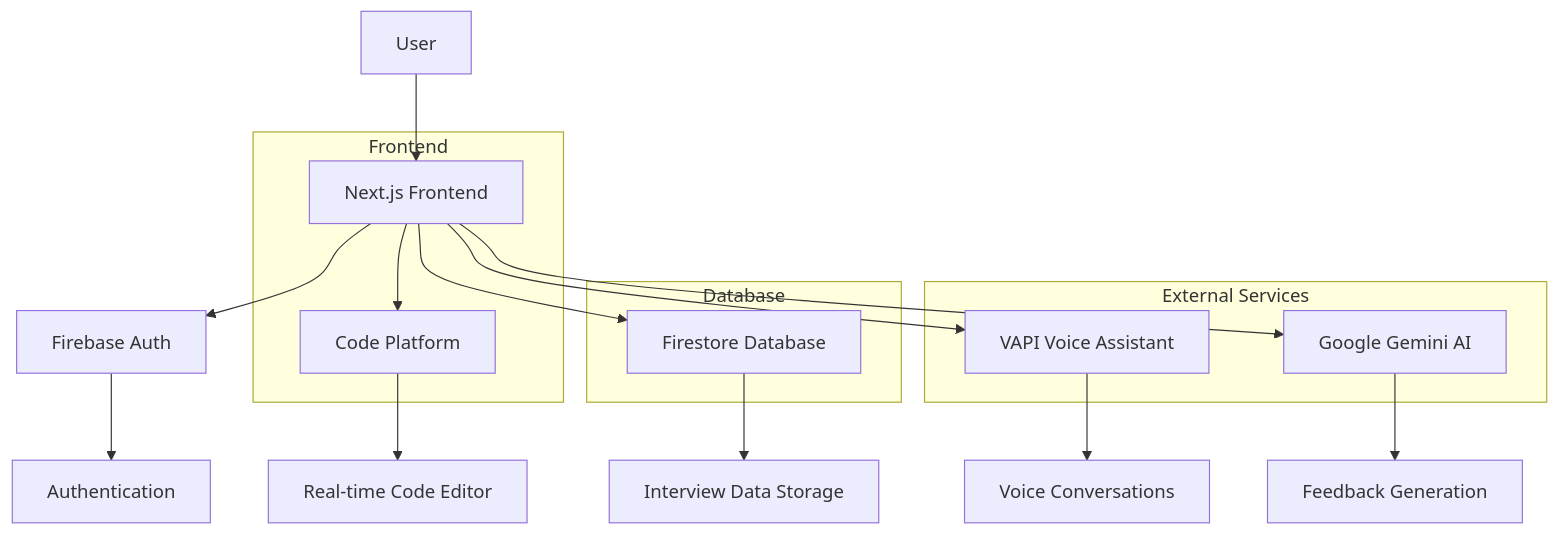
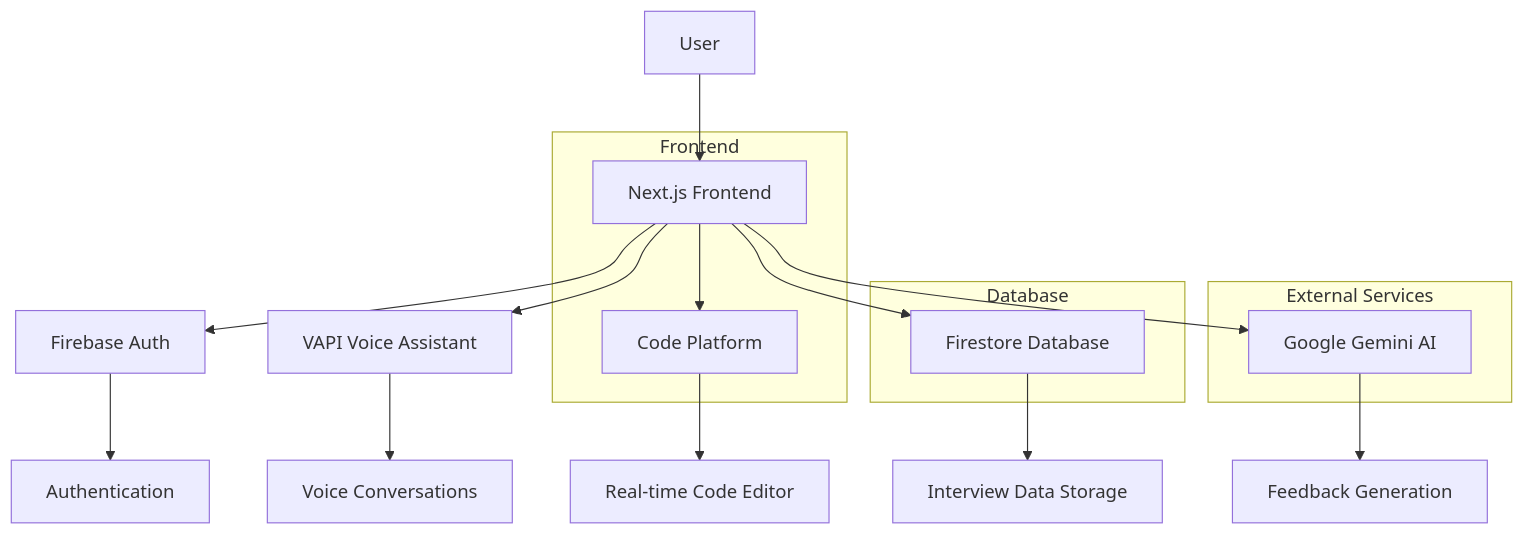
One commit to Ritesh771/Rooman-AI-Interview changed the diagram in README.md. Above: the diagram before and after it, drawn with Mermaid. The commit also changed other lines of this file, not shown here.

````diff
--- a/README.md
+++ b/README.md
@@ -128,29 +146,28 @@
 ```mermaid
 graph TB
     A[User] --> B[Next.js Frontend]
     B --> C[Firebase Auth]
     B --> D[Firestore Database]
     B --> E[VAPI Voice Assistant]
     B --> F[Google Gemini AI]
     B --> G[Code Platform]
 
     C --> H[Authentication]
     D --> I[Interview Data Storage]
     E --> J[Voice Conversations]
     F --> K[Feedback Generation]
     G --> L[Real-time Code Editor]
 
     subgraph "External Services"
-        E
         F
     end
 
     subgraph "Database"
         D
     end
 
     subgraph "Frontend"
         B
         G
     end
 ```
````
